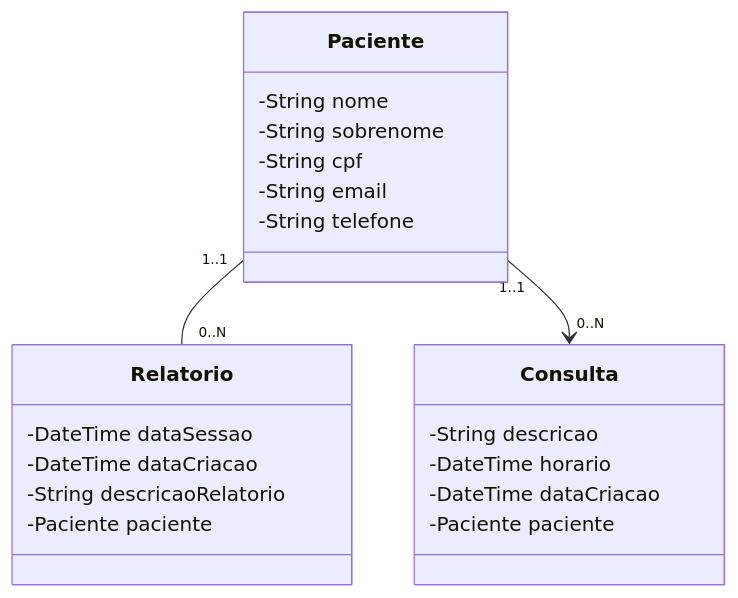
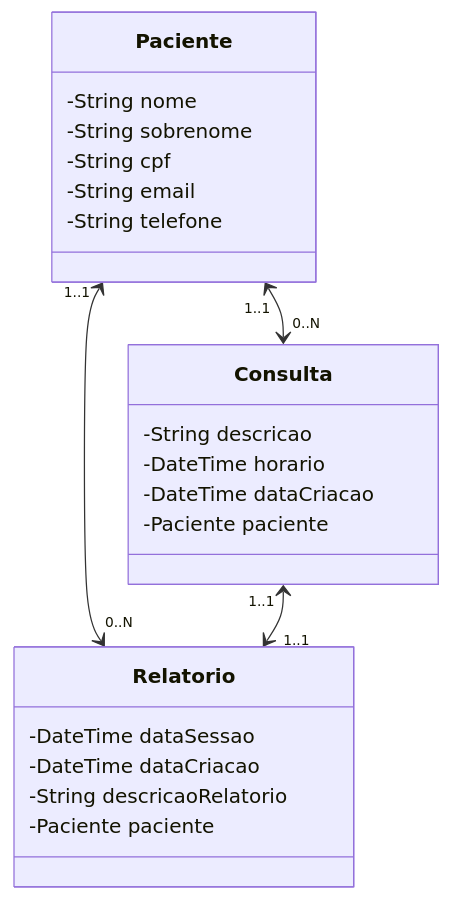
One commit to reynaldo-hendson/Api-Relatorio-Consulta-Paciente changed the diagram in README.md. Above: the diagram before and after it, drawn with Mermaid. The commit also changed other lines of this file, not shown here.

````diff
--- a/README.md
+++ b/README.md
@@ -5,27 +15,28 @@
 ```mermaid
 classDiagram
   class Paciente {
     -String nome
     -String sobrenome
     -String cpf
     -String email
     -String telefone
   }
 
   class Consulta {
     -String descricao
     -DateTime horario
     -DateTime dataCriacao
     -Paciente paciente
   }
 
   class Relatorio {
     -DateTime dataSessao
     -DateTime dataCriacao
     -String descricaoRelatorio
     -Paciente paciente
   }
 
-  Paciente "1..1"--"0..N" Relatorio
-  Paciente "1..1"-->"0..N" Consulta
+  Paciente "1..1"<-->"0..N" Relatorio
+  Paciente "1..1"<-->"0..N" Consulta
+  Consulta "1..1"<-->"1..1" Relatorio
 ```
````
